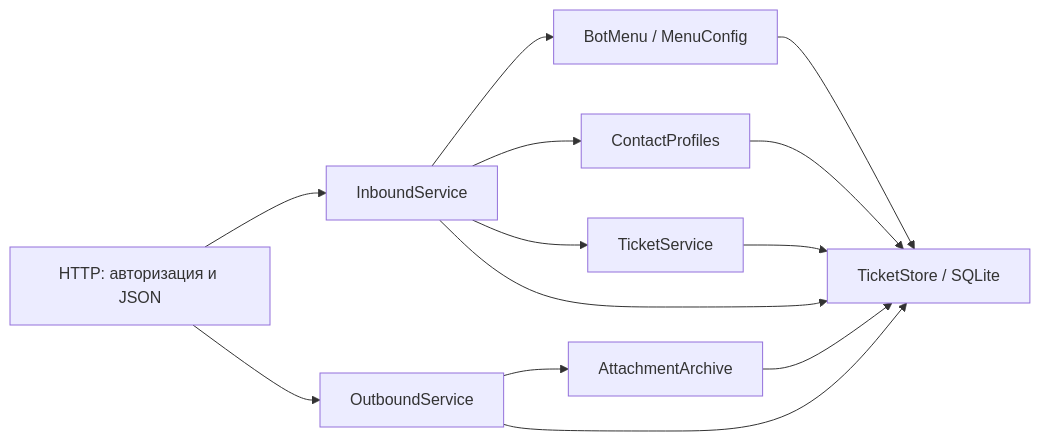
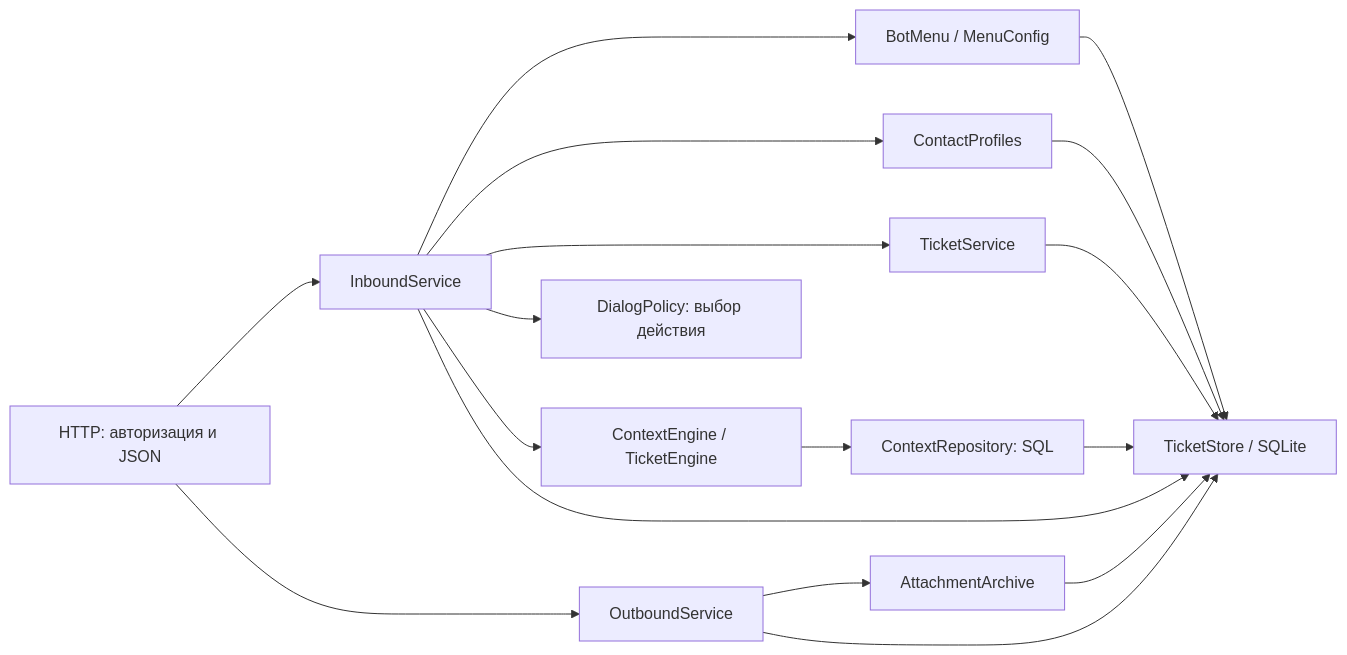
Before and after one commit to Mason12435667/edinaya-ochered: the diagram in docs/architecture.md, drawn with Mermaid. The commit also changed other lines of this file and 9 other files, not shown here.

First line of the commit message:
Make dialog routing explicit and isolate context persistence

````diff
--- a/docs/architecture.md
+++ b/docs/architecture.md
@@ -7,15 +7,19 @@
 ```mermaid
 flowchart LR
     HTTP[HTTP: авторизация и JSON] --> Inbound[InboundService]
     HTTP --> Outbound[OutboundService]
     Inbound --> Menu[BotMenu / MenuConfig]
     Inbound --> Contacts[ContactProfiles]
     Inbound --> Tickets[TicketService]
+    Inbound --> Policy[DialogPolicy: выбор действия]
+    Inbound --> Context[ContextEngine / TicketEngine]
+    Context --> Repository[ContextRepository: SQL]
+    Repository --> Store
     Outbound --> Files[AttachmentArchive]
     Inbound --> Store[TicketStore / SQLite]
     Outbound --> Store
     Menu --> Store
     Contacts --> Store
     Tickets --> Store
     Files --> Store
 ```
````
